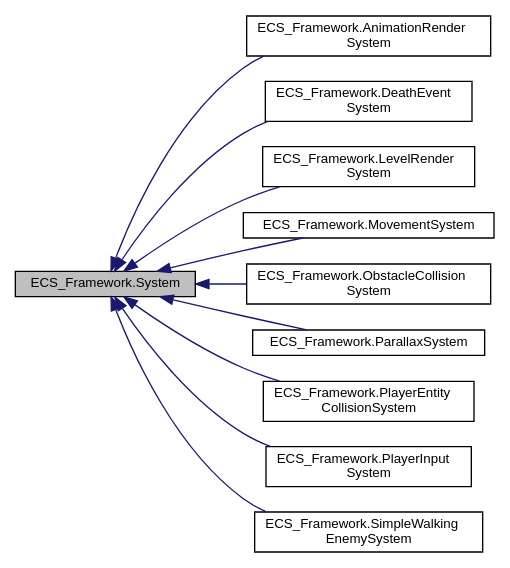
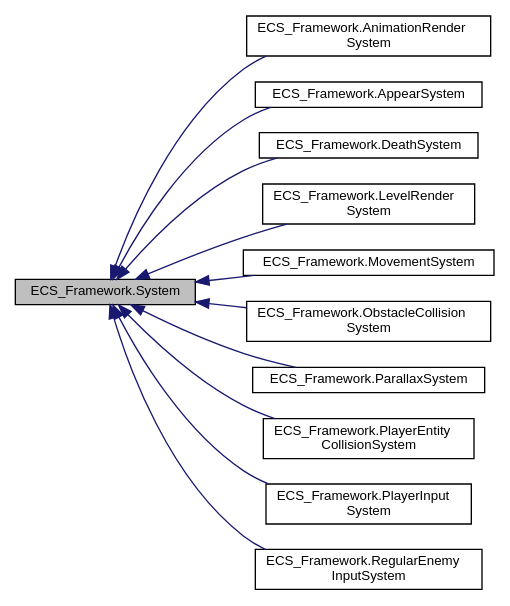
The diagram in docs/classECS__Framework_1_1System__inherit__graph.dot (DreamyStranger/MonoGame-Platformer), drawn with Graphviz before and after one commit. The commit also changed 168 other files, not shown here.

```diff
--- a/docs/classECS__Framework_1_1System__inherit__graph.dot
+++ b/docs/classECS__Framework_1_1System__inherit__graph.dot
@@ -1,26 +1,28 @@
 digraph "ECS_Framework.System"
 {
  // LATEX_PDF_SIZE
   edge [fontname="Helvetica",fontsize="10",labelfontname="Helvetica",labelfontsize="10"];
   node [fontname="Helvetica",fontsize="10",shape=record];
   rankdir="LR";
   Node1 [label="ECS_Framework.System",height=0.2,width=0.4,color="black", fillcolor="grey75", style="filled", fontcolor="black",tooltip="An abstract base class for systems in the game."];
   Node1 -> Node2 [dir="back",color="midnightblue",fontsize="10",style="solid",fontname="Helvetica"];
   Node2 [label="ECS_Framework.AnimationRender\lSystem",height=0.2,width=0.4,color="black", fillcolor="white", style="filled",URL="$classECS__Framework_1_1AnimationRenderSystem.html",tooltip="System responsible for rendering the entities in the game."];
   Node1 -> Node3 [dir="back",color="midnightblue",fontsize="10",style="solid",fontname="Helvetica"];
-  Node3 [label="ECS_Framework.DeathEvent\lSystem",height=0.2,width=0.4,color="black", fillcolor="white", style="filled",URL="$classECS__Framework_1_1DeathEventSystem.html",tooltip="System that manages entity death events, triggering actions depending on the entity type."];
+  Node3 [label="ECS_Framework.AppearSystem",height=0.2,width=0.4,color="black", fillcolor="white", style="filled",URL="$classECS__Framework_1_1AppearSystem.html",tooltip=" "];
   Node1 -> Node4 [dir="back",color="midnightblue",fontsize="10",style="solid",fontname="Helvetica"];
-  Node4 [label="ECS_Framework.LevelRender\lSystem",height=0.2,width=0.4,color="black", fillcolor="white", style="filled",URL="$classECS__Framework_1_1LevelRenderSystem.html",tooltip="System responsible for rendering the entities in the game."];
+  Node4 [label="ECS_Framework.DeathSystem",height=0.2,width=0.4,color="black", fillcolor="white", style="filled",URL="$classECS__Framework_1_1DeathSystem.html",tooltip="System that manages entity death events, triggering actions depending on the entity type."];
   Node1 -> Node5 [dir="back",color="midnightblue",fontsize="10",style="solid",fontname="Helvetica"];
-  Node5 [label="ECS_Framework.MovementSystem",height=0.2,width=0.4,color="black", fillcolor="white", style="filled",URL="$classECS__Framework_1_1MovementSystem.html",tooltip="System responsible for handling the movement of entities in the game."];
+  Node5 [label="ECS_Framework.LevelRender\lSystem",height=0.2,width=0.4,color="black", fillcolor="white", style="filled",URL="$classECS__Framework_1_1LevelRenderSystem.html",tooltip="System responsible for rendering the entities in the game."];
   Node1 -> Node6 [dir="back",color="midnightblue",fontsize="10",style="solid",fontname="Helvetica"];
-  Node6 [label="ECS_Framework.ObstacleCollision\lSystem",height=0.2,width=0.4,color="black", fillcolor="white", style="filled",URL="$classECS__Framework_1_1ObstacleCollisionSystem.html",tooltip="System that manages collision detection and resolution between entities and level obstacles."];
+  Node6 [label="ECS_Framework.MovementSystem",height=0.2,width=0.4,color="black", fillcolor="white", style="filled",URL="$classECS__Framework_1_1MovementSystem.html",tooltip="System responsible for handling the movement of entities in the game."];
   Node1 -> Node7 [dir="back",color="midnightblue",fontsize="10",style="solid",fontname="Helvetica"];
-  Node7 [label="ECS_Framework.ParallaxSystem",height=0.2,width=0.4,color="black", fillcolor="white", style="filled",URL="$classECS__Framework_1_1ParallaxSystem.html",tooltip="System that manages parallax components and their related entities."];
+  Node7 [label="ECS_Framework.ObstacleCollision\lSystem",height=0.2,width=0.4,color="black", fillcolor="white", style="filled",URL="$classECS__Framework_1_1ObstacleCollisionSystem.html",tooltip="System that manages collision detection and resolution between entities and level obstacles."];
   Node1 -> Node8 [dir="back",color="midnightblue",fontsize="10",style="solid",fontname="Helvetica"];
-  Node8 [label="ECS_Framework.PlayerEntity\lCollisionSystem",height=0.2,width=0.4,color="black", fillcolor="white", style="filled",URL="$classECS__Framework_1_1PlayerEntityCollisionSystem.html",tooltip="Represents a system that handles collisions between the player entity and other entities."];
+  Node8 [label="ECS_Framework.ParallaxSystem",height=0.2,width=0.4,color="black", fillcolor="white", style="filled",URL="$classECS__Framework_1_1ParallaxSystem.html",tooltip="System that manages parallax components and their related entities."];
   Node1 -> Node9 [dir="back",color="midnightblue",fontsize="10",style="solid",fontname="Helvetica"];
-  Node9 [label="ECS_Framework.PlayerInput\lSystem",height=0.2,width=0.4,color="black", fillcolor="white", style="filled",URL="$classECS__Framework_1_1PlayerInputSystem.html",tooltip="System that updates the state of entities based on keyboard input."];
+  Node9 [label="ECS_Framework.PlayerEntity\lCollisionSystem",height=0.2,width=0.4,color="black", fillcolor="white", style="filled",URL="$classECS__Framework_1_1PlayerEntityCollisionSystem.html",tooltip="Represents a system that handles collisions between the player entity and other entities."];
   Node1 -> Node10 [dir="back",color="midnightblue",fontsize="10",style="solid",fontname="Helvetica"];
-  Node10 [label="ECS_Framework.SimpleWalking\lEnemySystem",height=0.2,width=0.4,color="black", fillcolor="white", style="filled",URL="$classECS__Framework_1_1SimpleWalkingEnemySystem.html",tooltip="System that updates the state of entities based on keyboard input."];
+  Node10 [label="ECS_Framework.PlayerInput\lSystem",height=0.2,width=0.4,color="black", fillcolor="white", style="filled",URL="$classECS__Framework_1_1PlayerInputSystem.html",tooltip="System that updates the state of entities based on keyboard input."];
+  Node1 -> Node11 [dir="back",color="midnightblue",fontsize="10",style="solid",fontname="Helvetica"];
+  Node11 [label="ECS_Framework.RegularEnemy\lInputSystem",height=0.2,width=0.4,color="black", fillcolor="white", style="filled",URL="$classECS__Framework_1_1RegularEnemyInputSystem.html",tooltip="System that updates the state of Regular Enemies."];
 }
```
